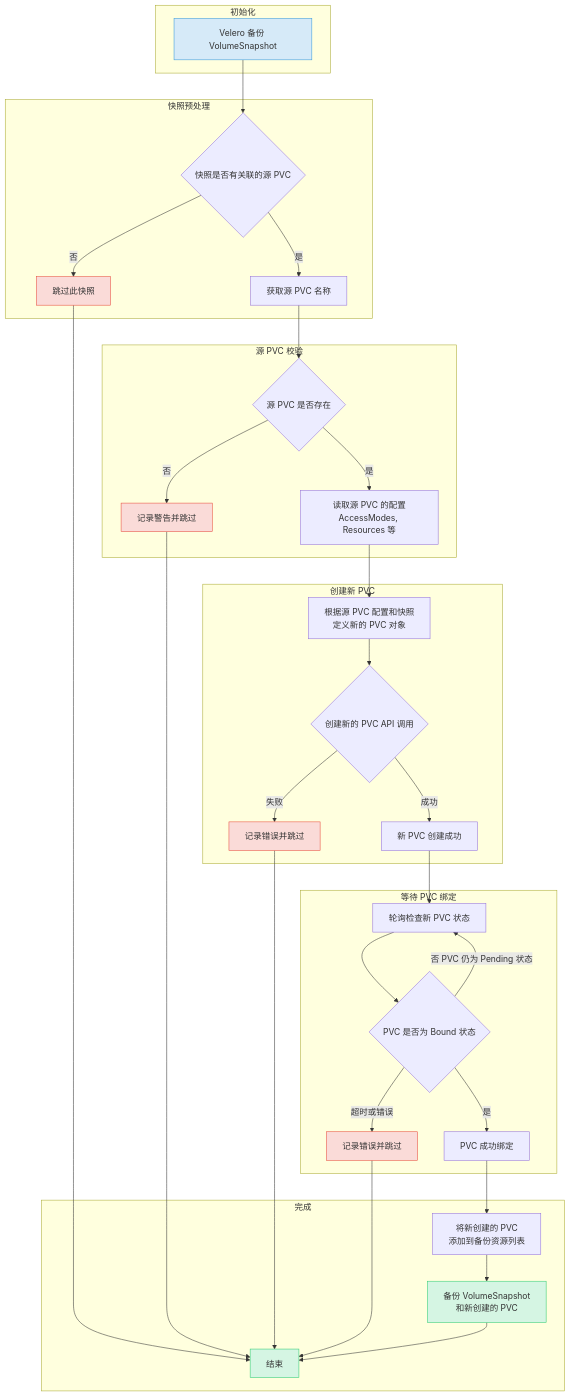
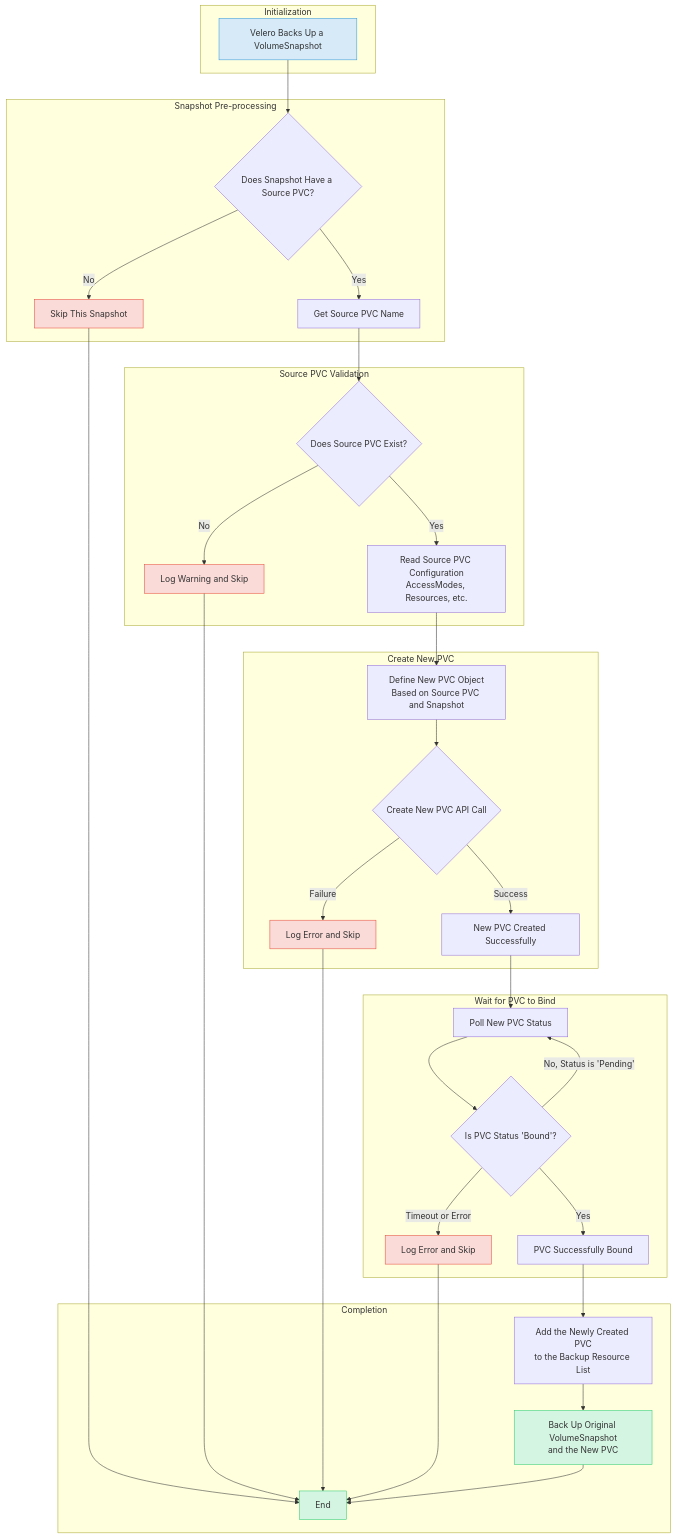
The second of 2 diagrams in redhat/ocp4/4.18/2025.11.ocp-v.dr.oadp.plugin.md (wangzheng422/docker_env), drawn with Mermaid before and after one commit. The commit also changed other lines of this file, not shown here.

````diff
--- a/redhat/ocp4/4.18/2025.11.ocp-v.dr.oadp.plugin.md
+++ b/redhat/ocp4/4.18/2025.11.ocp-v.dr.oadp.plugin.md
@@ -249,60 +247,60 @@
 ```mermaid
 flowchart TD
-    subgraph "初始化"
-        A[Velero 备份 VolumeSnapshot]
+    subgraph "Initialization"
+        A[Velero Backs Up a VolumeSnapshot]
     end
 
-    subgraph "快照预处理"
-        B{快照是否有关联的源 PVC}
+    subgraph "Snapshot Pre-processing"
+        B{Does Snapshot Have a Source PVC?}
         A --> B
-        B -- "否" --> C[跳过此快照]
-        B -- "是" --> D[获取源 PVC 名称]
+        B -- "No" --> C[Skip This Snapshot]
+        B -- "Yes" --> D[Get Source PVC Name]
     end
 
-    subgraph "源 PVC 校验"
-        E{源 PVC 是否存在}
+    subgraph "Source PVC Validation"
+        E{Does Source PVC Exist?}
         D --> E
-        E -- "否" --> F[记录警告并跳过]
-        E -- "是" --> G[读取源 PVC 的配置<br/>AccessModes, Resources 等]
+        E -- "No" --> F[Log Warning and Skip]
+        E -- "Yes" --> G[Read Source PVC Configuration<br/>AccessModes, Resources, etc.]
     end
 
-    subgraph "创建新 PVC"
-        H[根据源 PVC 配置和快照<br/>定义新的 PVC 对象]
+    subgraph "Create New PVC"
+        H[Define New PVC Object<br/>Based on Source PVC and Snapshot]
         G --> H
-        I{创建新的 PVC API 调用}
+        I{Create New PVC API Call}
         H --> I
-        I -- "失败" --> J[记录错误并跳过]
-        I -- "成功" --> K[新 PVC 创建成功]
+        I -- "Failure" --> J[Log Error and Skip]
+        I -- "Success" --> K[New PVC Created Successfully]
     end
 
-    subgraph "等待 PVC 绑定"
-        L[轮询检查新 PVC 状态]
+    subgraph "Wait for PVC to Bind"
+        L[Poll New PVC Status]
         K --> L
-        M{PVC 是否为 Bound 状态}
+        M{Is PVC Status 'Bound'?}
         L --> M
-        M -- "否 PVC 仍为 Pending 状态" --> L
-        M -- "超时或错误" --> N[记录错误并跳过]
-        M -- "是" --> O[PVC 成功绑定]
+        M -- "No, Status is 'Pending'" --> L
+        M -- "Timeout or Error" --> N[Log Error and Skip]
+        M -- "Yes" --> O[PVC Successfully Bound]
     end
 
-    subgraph "完成"
-        P[将新创建的 PVC<br/>添加到备份资源列表]
+    subgraph "Completion"
+        P[Add the Newly Created PVC<br/>to the Backup Resource List]
         O --> P
-        Q[备份 VolumeSnapshot<br/>和新创建的 PVC]
+        Q[Back Up Original VolumeSnapshot<br/>and the New PVC]
         P --> Q
-        R[结束]
+        R[End]
         Q --> R
         C --> R
         F --> R
         J --> R
         N --> R
     end
 
     style A fill:#D6EAF8,stroke:#3498DB
     style Q fill:#D5F5E3,stroke:#2ECC71
     style R fill:#D5F5E3,stroke:#2ECC71
     style C fill:#FADBD8,stroke:#E74C3C
     style F fill:#FADBD8,stroke:#E74C3C
     style J fill:#FADBD8,stroke:#E74C3C
     style N fill:#FADBD8,stroke:#E74C3C
 ```
````
